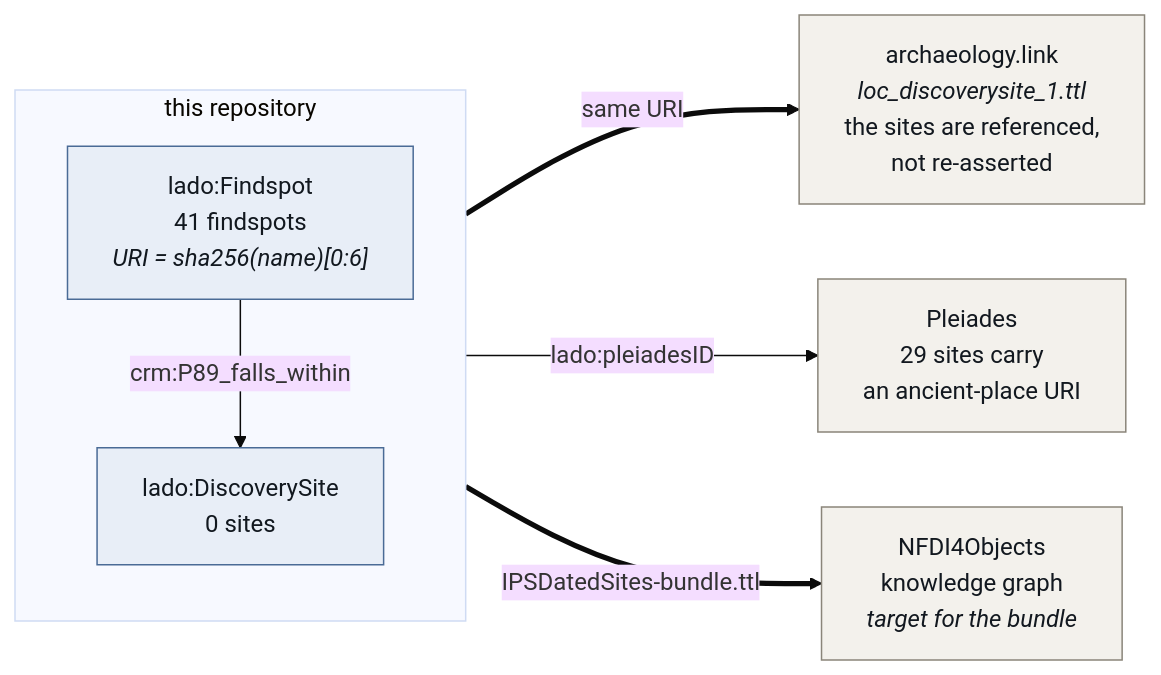
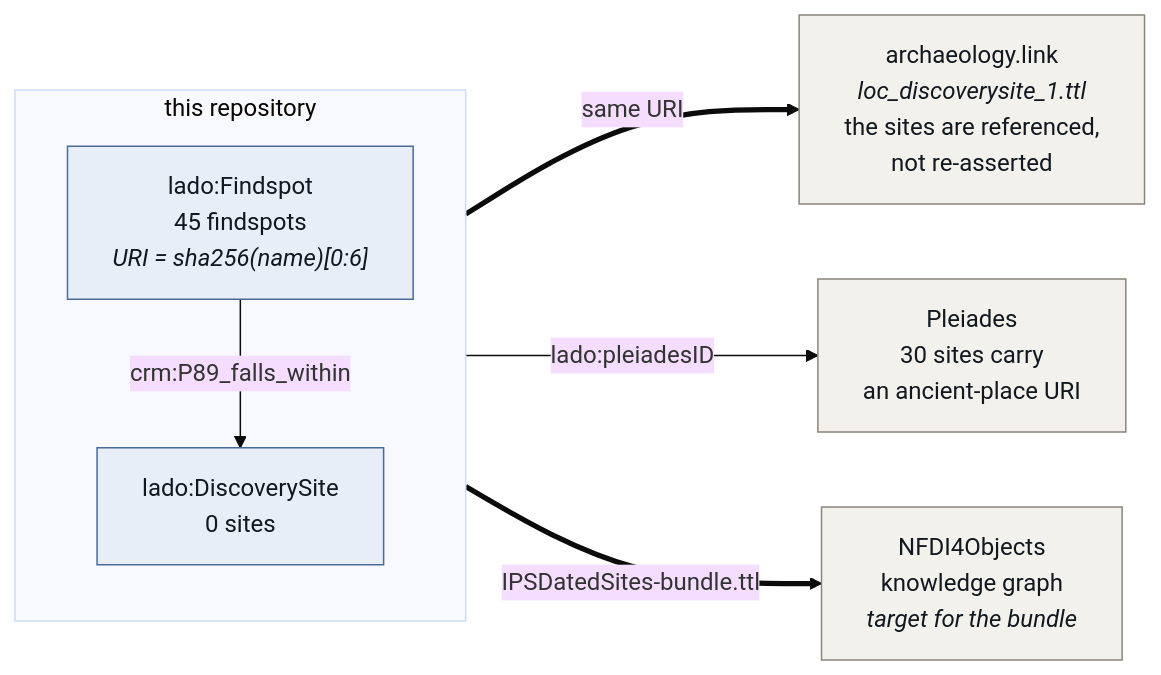
The diagram in docs/diagrams/links.mmd (leiza-rse/IPSDatedSites), drawn with Mermaid (base theme) before and after one commit. The commit also changed 32 other files, not shown here.

```diff
--- a/docs/diagrams/links.mmd
+++ b/docs/diagrams/links.mmd
@@ -1,24 +1,24 @@
 flowchart LR
     subgraph ours["this repository"]
         direction TB
-        FS["lado:Findspot<br/>41 findspots<br/><i>URI = sha256(name)[0:6]</i>"]
+        FS["lado:Findspot<br/>45 findspots<br/><i>URI = sha256(name)[0:6]</i>"]
         DSITE["lado:DiscoverySite<br/>0 sites"]
         FS -->|crm:P89_falls_within| DSITE
     end
 
     AL["archaeology.link<br/><i>loc_discoverysite_1.ttl</i><br/>the sites are referenced,<br/>not re-asserted"]
-    PL["Pleiades<br/>29 sites carry<br/>an ancient-place URI"]
+    PL["Pleiades<br/>30 sites carry<br/>an ancient-place URI"]
     N4O["NFDI4Objects<br/>knowledge graph<br/><i>target for the bundle</i>"]
 
     DSITE ==>|same URI| AL
     DSITE -->|lado:pleiadesID| PL
     ours ==>|IPSDatedSites-bundle.ttl| N4O
 
     class FS,DSITE local
     class AL,PL,N4O ext
 
     classDef local fill:#e8eef7,stroke:#4a6b96,stroke-width:1px,color:#12181f
     classDef crm fill:#efe7f5,stroke:#7a5a96,stroke-width:1px,color:#12181f
     classDef time fill:#e3f2ec,stroke:#3f8a70,stroke-width:1px,color:#12181f
     classDef ext fill:#f3f1ec,stroke:#8a857a,stroke-width:1px,color:#12181f
     classDef io fill:#faf3e3,stroke:#a8872e,stroke-width:1px,color:#12181f
```
